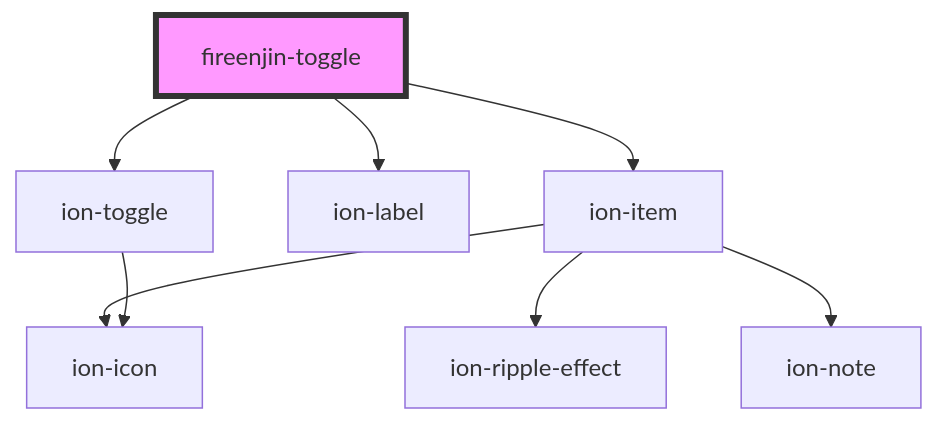
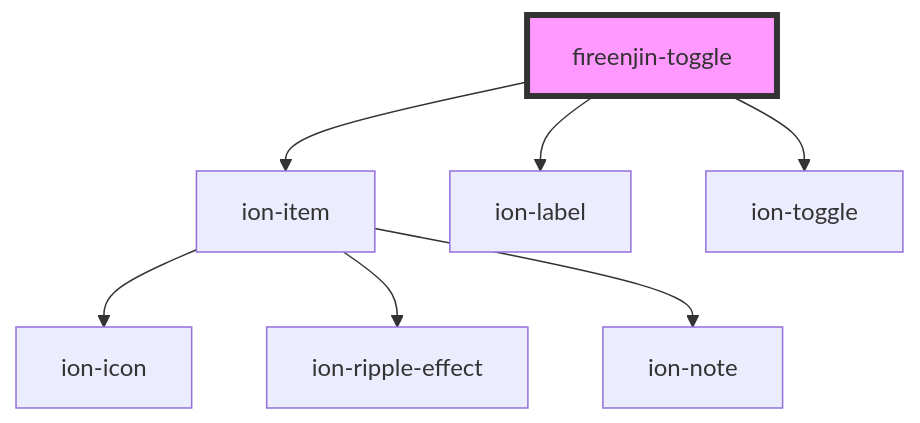
One commit to FireEnjin/Components changed the diagram in src/components/toggle/readme.md. Above: the diagram before and after it, drawn with Mermaid. The commit also changed other lines of this file and 5 other files, not shown here.

````diff
--- a/src/components/toggle/readme.md
+++ b/src/components/toggle/readme.md
@@ -30,11 +30,10 @@
 ```mermaid
 graph TD;
   fireenjin-toggle --> ion-item
   fireenjin-toggle --> ion-label
   fireenjin-toggle --> ion-toggle
   ion-item --> ion-icon
   ion-item --> ion-ripple-effect
   ion-item --> ion-note
-  ion-toggle --> ion-icon
   style fireenjin-toggle fill:#f9f,stroke:#333,stroke-width:4px
 ```
````
